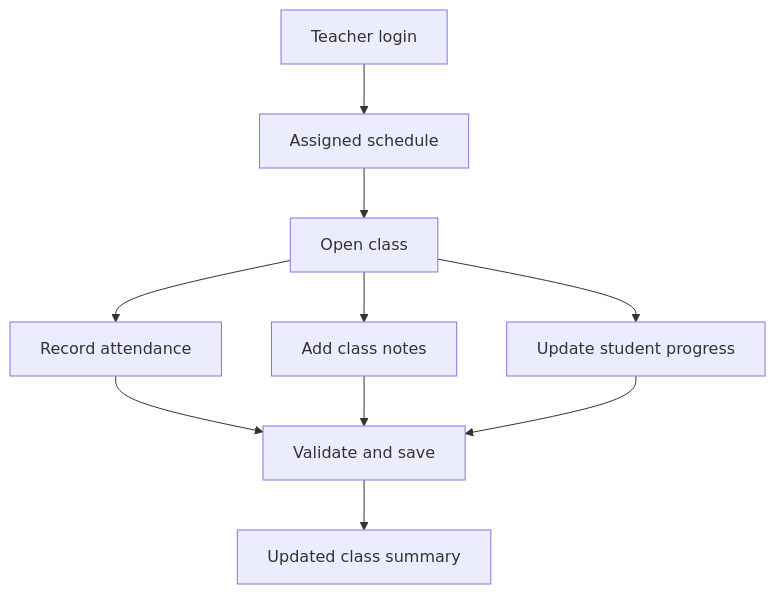
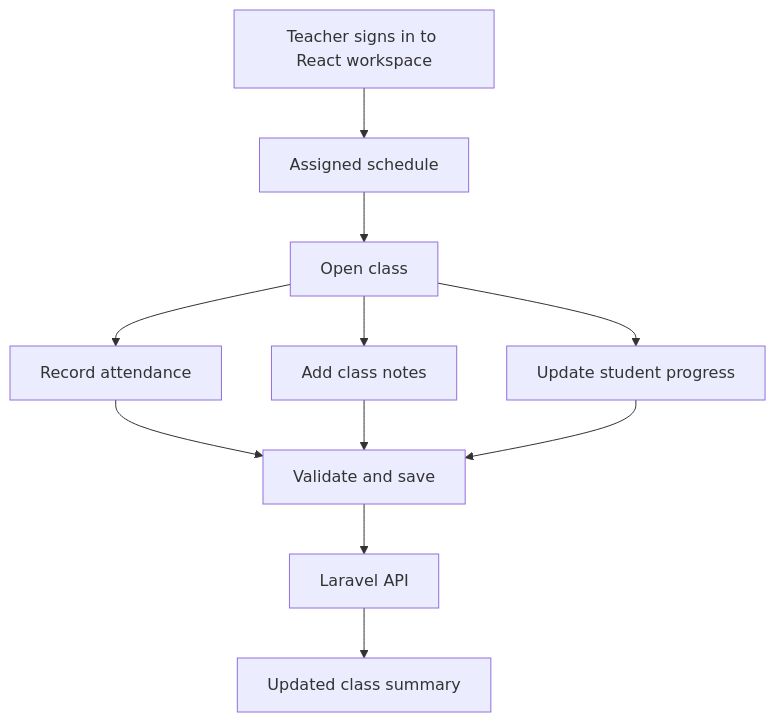
One commit to kajolmehra/codebloom-learning-platform changed the third of 5 diagrams in docs/USER-FLOWS.md. Above: the diagram before and after it, drawn with Mermaid. The commit also changed other lines of this file and 2 other files, not shown here.

````diff
--- a/docs/USER-FLOWS.md
+++ b/docs/USER-FLOWS.md
@@ -24,12 +42,13 @@
 ```mermaid
 flowchart TD
-    Login[Teacher login] --> Dashboard[Assigned schedule]
+    Login[Teacher signs in to React workspace] --> Dashboard[Assigned schedule]
     Dashboard --> Class[Open class]
     Class --> Attendance[Record attendance]
     Class --> Notes[Add class notes]
     Class --> Progress[Update student progress]
     Attendance --> Save[Validate and save]
     Notes --> Save
     Progress --> Save
-    Save --> Summary[Updated class summary]
+    Save --> API[Laravel API]
+    API --> Summary[Updated class summary]
 ```
````
